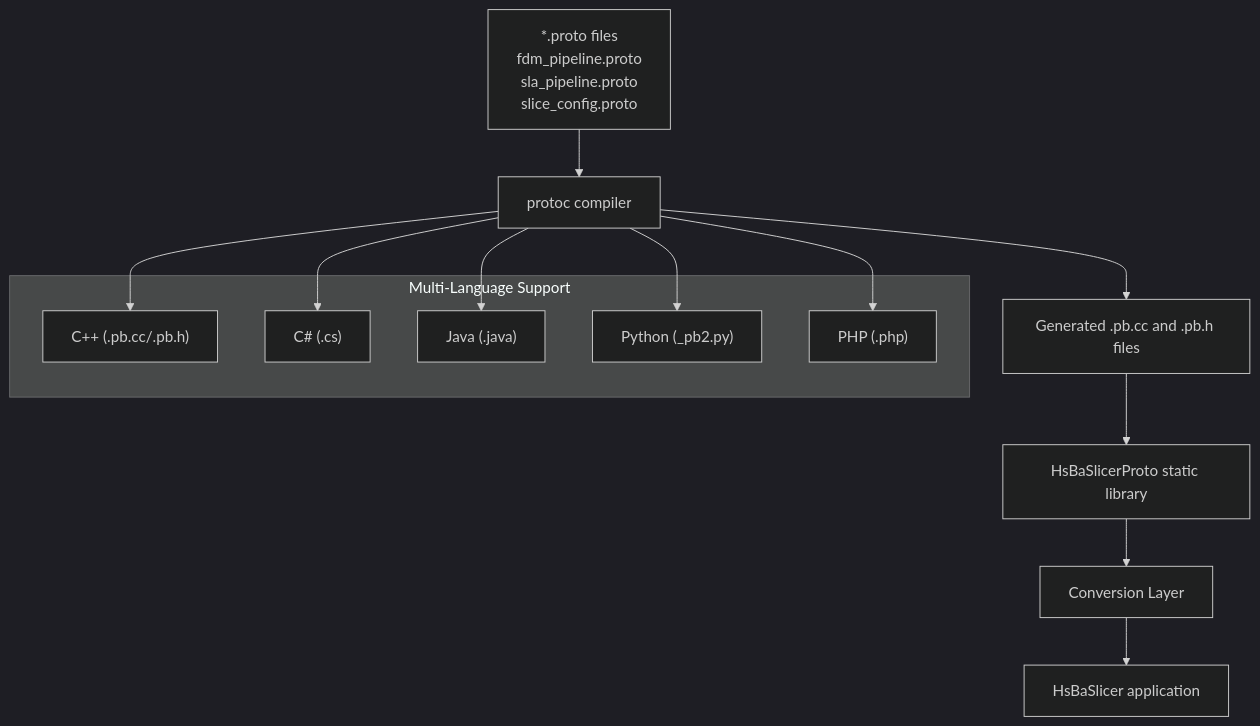
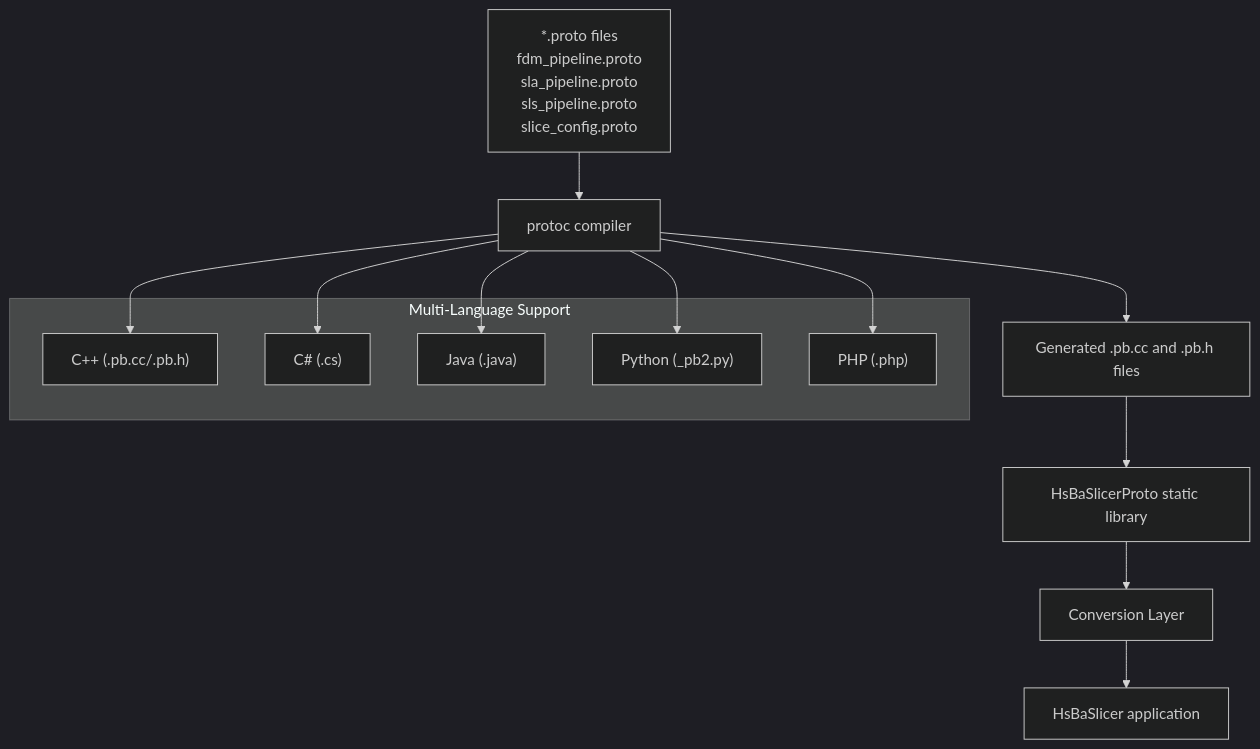
The fourth of 4 diagrams in .qoder/repowiki/en/content/Configuration System/Protobuf Configuration Schema.md (hsmbanlance/HsBaSlicer), drawn with Mermaid (dark theme) before and after one commit. The commit also changed other lines of this file and 19 other files, not shown here.

````diff
--- a/.qoder/repowiki/en/content/Configuration System/Protobuf Configuration Schema.md
+++ b/.qoder/repowiki/en/content/Configuration System/Protobuf Configuration Schema.md
@@ -536,20 +644,20 @@
 ```mermaid
 flowchart TD
-ProtoFiles["*.proto files<br/>fdm_pipeline.proto<br/>sla_pipeline.proto<br/>slice_config.proto"] --> Protoc["protoc compiler"]
+ProtoFiles["*.proto files<br/>fdm_pipeline.proto<br/>sla_pipeline.proto<br/>sls_pipeline.proto<br/>slice_config.proto"] --> Protoc["protoc compiler"]
 Protoc --> GeneratedFiles["Generated .pb.cc and .pb.h files"]
 GeneratedFiles --> StaticLib["HsBaSlicerProto static library"]
 StaticLib --> ConversionLayer["Conversion Layer"]
 ConversionLayer --> Application["HsBaSlicer application"]
 subgraph "Multi-Language Support"
 CPP["C++ (.pb.cc/.pb.h)"]
 CSharp["C# (.cs)"]
 Java["Java (.java)"]
 Python["Python (_pb2.py)"]
 PHP["PHP (.php)"]
 end
 Protoc --> CPP
 Protoc --> CSharp
 Protoc --> Java
 Protoc --> Python
 Protoc --> PHP
 ```
````
